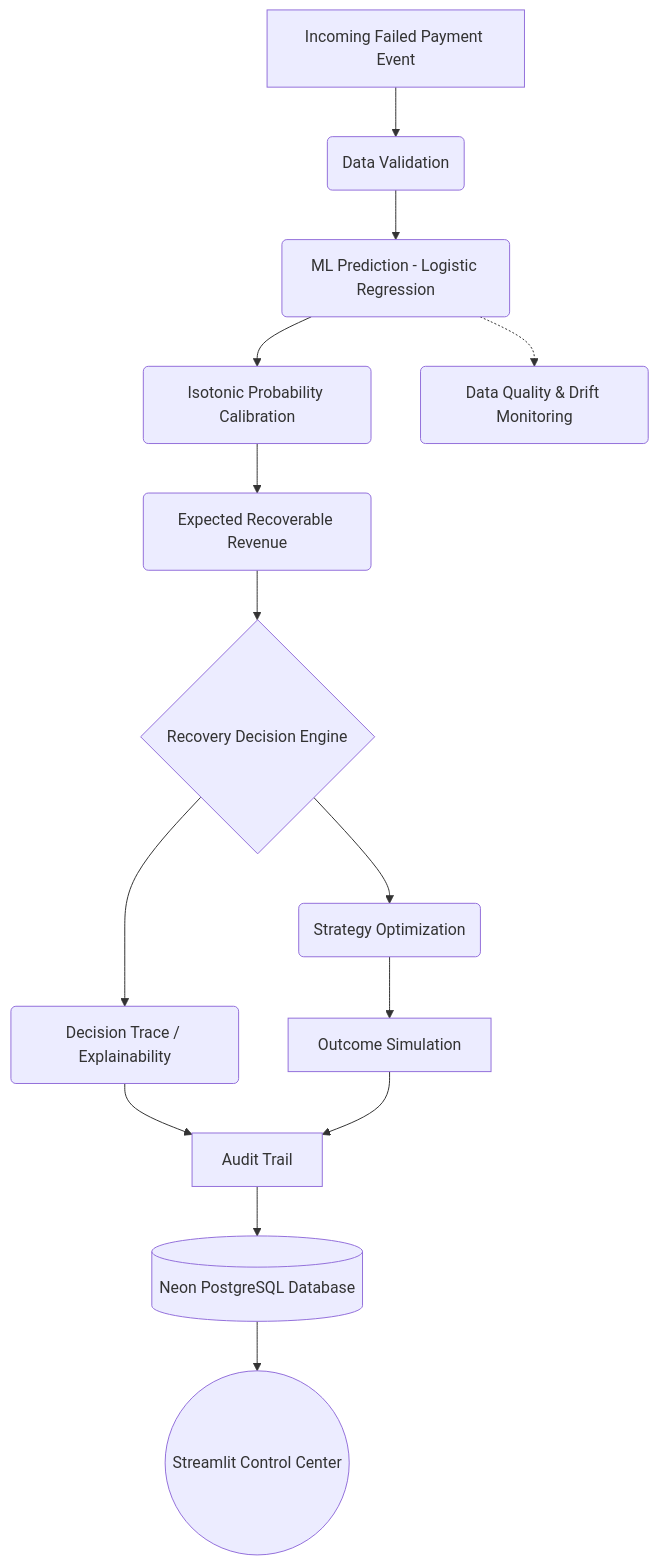
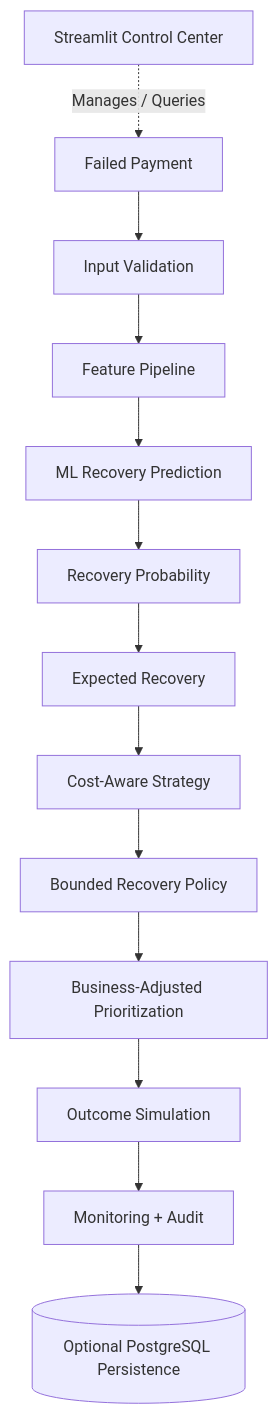
Before and after one commit to allknowledge34/razorpay-ai-revenue-recovery: the first of 2 diagrams in README.md, drawn with Mermaid. The commit also changed other lines of this file and 1 other file, not shown here.

Commit message:
feat: polish final recovery dashboard and README

````diff
--- a/README.md
+++ b/README.md
@@ -85,20 +117,16 @@
 ```mermaid
-graph TD
-    A[Incoming Failed Payment Event] --> B(Data Validation)
-    B --> C(ML Prediction - Logistic Regression)
-    C --> D(Isotonic Probability Calibration)
-    D --> E(Expected Recoverable Revenue)
-    E --> F{Recovery Decision Engine}
-
-    F --> G(Strategy Optimization)
-    F --> H(Decision Trace / Explainability)
-
-    G --> I[Outcome Simulation]
-    H --> J[Audit Trail]
-    I --> J
-
-    J --> K[(Neon PostgreSQL Database)]
-    C -.-> L(Data Quality & Drift Monitoring)
-
-    K --> M((Streamlit Control Center))
+flowchart TD
+    A[Failed Payment] --> B[Input Validation]
+    B --> C[Feature Pipeline]
+    C --> D[ML Recovery Prediction]
+    D --> E[Recovery Probability]
+    E --> F[Expected Recovery]
+    F --> G[Cost-Aware Strategy]
+    G --> H[Bounded Recovery Policy]
+    H --> I[Business-Adjusted Prioritization]
+    I --> J[Outcome Simulation]
+    J --> K[Monitoring + Audit]
+    K --> L[(Optional PostgreSQL Persistence)]
+    
+    M[Streamlit Control Center] -.->|Manages / Queries| A
 ```
````
